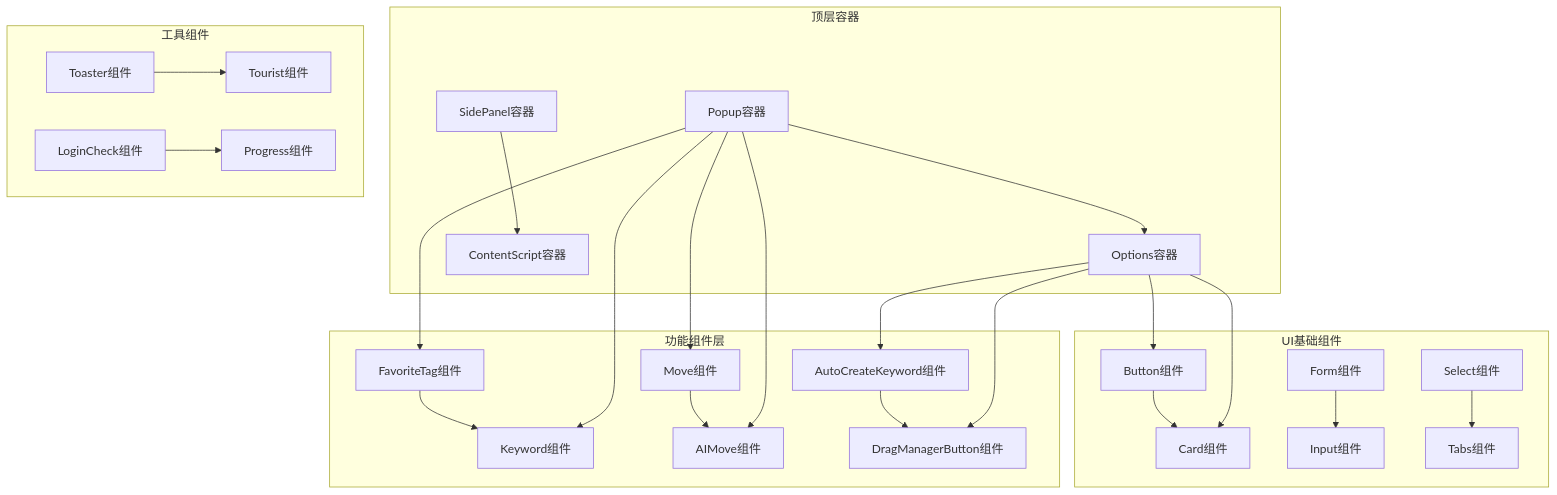
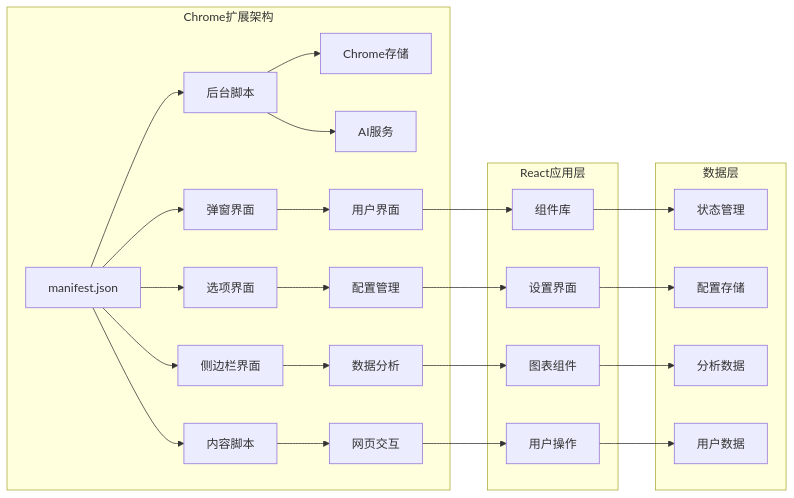
Before and after one commit to RadiumAg/bilibili-favorites: the fourth of 8 diagrams in .qoder/repowiki/zh/content/开发指南/React最佳实践系统.md, drawn with Mermaid. The commit also changed other lines of this file and 21 other files, not shown here.

````diff
--- a/.qoder/repowiki/zh/content/开发指南/React最佳实践系统.md
+++ b/.qoder/repowiki/zh/content/开发指南/React最佳实践系统.md
@@ -301,29 +171,28 @@
 ```mermaid
-graph TB
-subgraph "顶层容器"
-A[Popup容器] --> B[Options容器]
-C[SidePanel容器] --> D[ContentScript容器]
+graph LR
+subgraph "Chrome扩展架构"
+Manifest[manifest.json] --> Background[后台脚本]
+Manifest --> ContentScript[内容脚本]
+Manifest --> Popup[弹窗界面]
+Manifest --> Options[选项界面]
+Manifest --> SidePanel[侧边栏界面]
+Background --> Storage[Chrome存储]
+Background --> AI[AI服务]
+ContentScript --> Page[网页交互]
+Popup --> UI[用户界面]
+Options --> Config[配置管理]
+SidePanel --> Analytics[数据分析]
 end
-subgraph "功能组件层"
-E[FavoriteTag组件] --> F[Keyword组件]
-G[Move组件] --> H[AIMove组件]
-I[AutoCreateKeyword组件] --> J[DragManagerButton组件]
+subgraph "React应用层"
+UI --> Components[组件库]
+Config --> Settings[设置界面]
+Analytics --> Charts[图表组件]
+Page --> Actions[用户操作]
 end
-subgraph "UI基础组件"
-K[Button组件] --> L[Card组件]
-M[Form组件] --> N[Input组件]
-O[Select组件] --> P[Tabs组件]
+subgraph "数据层"
+Components --> Store[状态管理]
+Settings --> ConfigStore[配置存储]
+Charts --> AnalysisData[分析数据]
+Actions --> UserData[用户数据]
 end
-subgraph "工具组件"
-Q[Toaster组件] --> R[Tourist组件]
-S[LoginCheck组件] --> T[Progress组件]
-end
-A --> E
-A --> F
-A --> G
-A --> H
-B --> I
-B --> J
-B --> K
-B --> L
 ```
````
